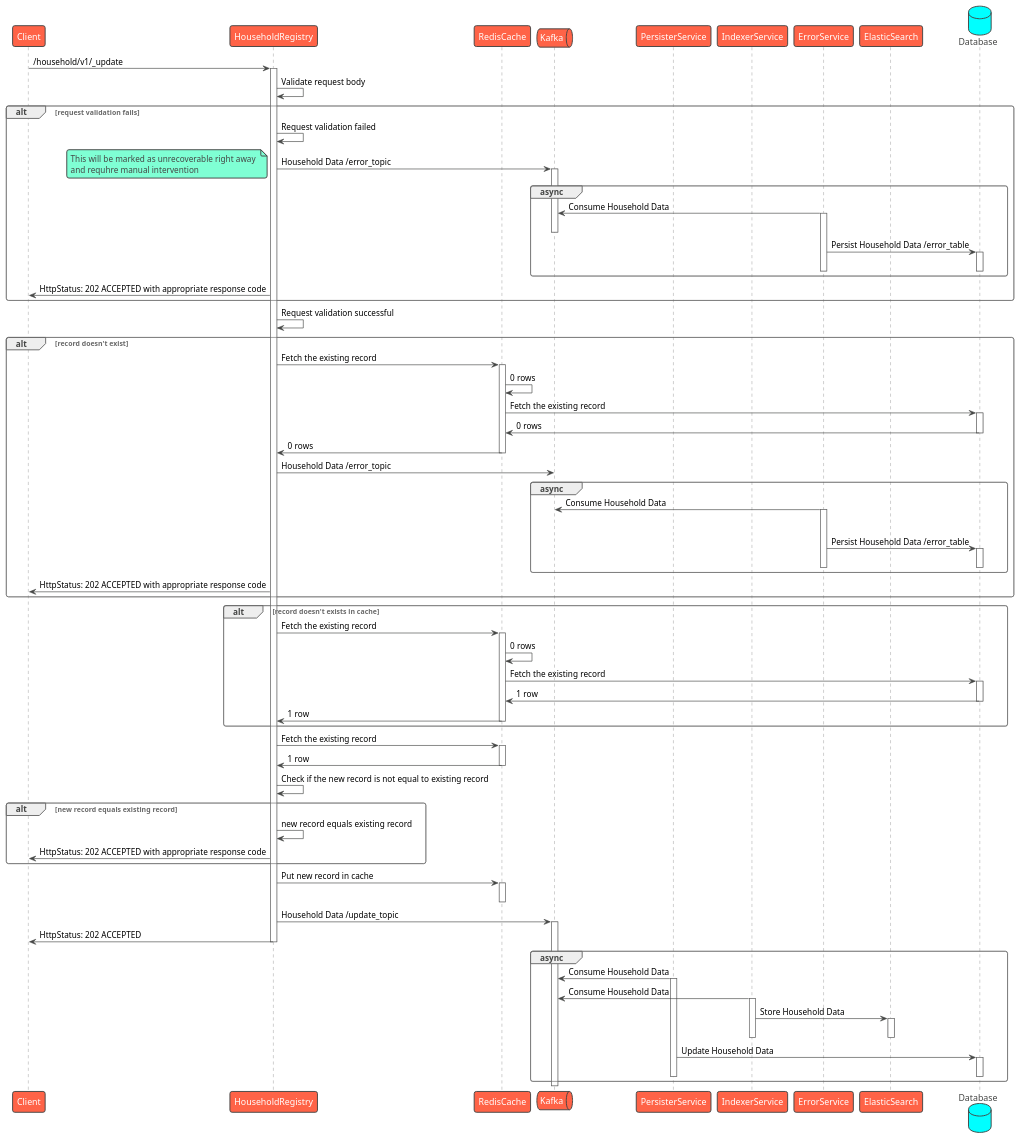
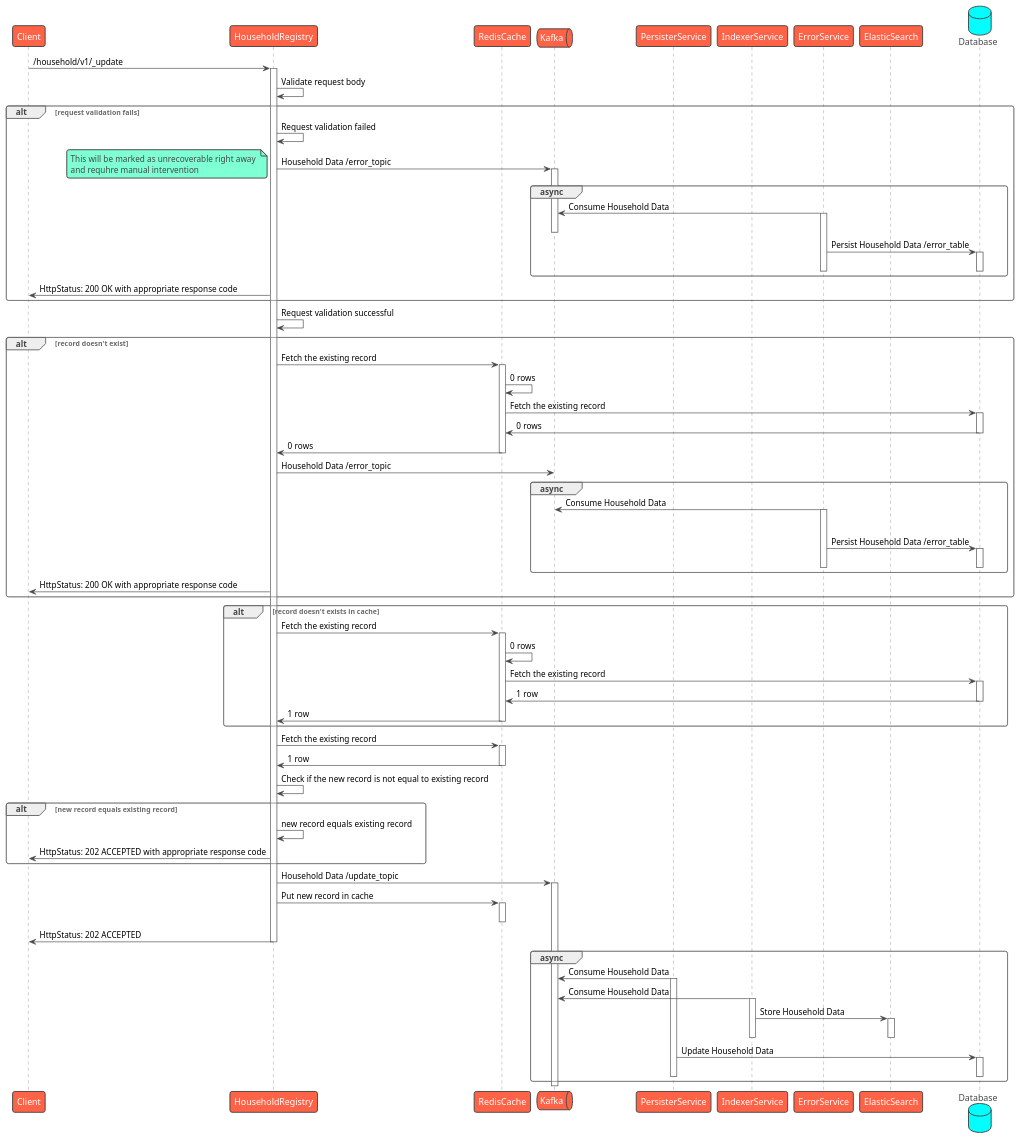
Before and after one commit to egovernments/health-api-specs: the diagram in contracts/registries/household/sequence/update.puml, drawn with PlantUML. The commit also changed 4 other files, not shown here.

Commit message:
Sequence: Sending 200 OK in case of any caught error

```diff
--- a/contracts/registries/household/sequence/update.puml
+++ b/contracts/registries/household/sequence/update.puml
@@ -1,99 +1,99 @@
 @startuml Household Registry - Update
 !theme vibrant
 participant Client as c
 participant HouseholdRegistry as hr
 participant RedisCache as rc
 queue Kafka as k
 participant PersisterService as prs
 participant IndexerService as idx
 participant ErrorService as es
 participant ElasticSearch as el
 database Database as db
 c -> hr : /household/v1/_update
 activate hr
 hr -> hr: Validate request body
 alt request validation fails
     hr -> hr: Request validation failed
     hr -> k: Household Data /error_topic
     note left
         This will be marked as unrecoverable right away 
         and requhre manual intervention
     end note
     activate k
     group async
         es -> k: Consume Household Data
         activate es
         deactivate k
         es -> db: Persist Household Data /error_table
         activate db
         deactivate db
         deactivate es
     end
-    hr -> c: HttpStatus: 202 ACCEPTED with appropriate response code
+    hr -> c: HttpStatus: 200 OK with appropriate response code
 end
 hr -> hr: Request validation successful
 alt record doesn't exist
     hr -> rc: Fetch the existing record
     activate rc
     rc -> rc: 0 rows
     rc -> db: Fetch the existing record
     activate db
     db -> rc: 0 rows
     deactivate db
     rc -> hr: 0 rows
     deactivate rc
     hr -> k: Household Data /error_topic
     group async
         es -> k: Consume Household Data
         activate es
         deactivate k
         es -> db: Persist Household Data /error_table
         activate db
         deactivate db
         deactivate es
     end
-    hr -> c: HttpStatus: 202 ACCEPTED with appropriate response code
+    hr -> c: HttpStatus: 200 OK with appropriate response code
 end
 alt record doesn't exists in cache
     hr -> rc: Fetch the existing record
     activate rc
     rc -> rc: 0 rows
     rc -> db: Fetch the existing record
     activate db
     db -> rc: 1 row
     deactivate db
     rc -> hr: 1 row
     deactivate rc
 end
 hr -> rc: Fetch the existing record
 activate rc
 rc -> hr: 1 row
 deactivate rc
 hr -> hr: Check if the new record is not equal to existing record
 alt new record equals existing record
     hr -> hr: new record equals existing record
     hr -> c: HttpStatus: 202 ACCEPTED with appropriate response code
 end
+hr -> k: Household Data /update_topic
+activate k
 hr -> rc: Put new record in cache
 activate rc
 deactivate rc
-hr -> k: Household Data /update_topic
-activate k
 hr -> c: HttpStatus: 202 ACCEPTED
 deactivate hr
 group async
     prs -> k: Consume Household Data
     activate prs
     idx -> k: Consume Household Data
     activate idx
     idx -> el: Store Household Data
     activate el
     deactivate el
     deactivate idx
     prs -> db: Update Household Data
     activate db
     deactivate db
     deactivate prs
 end
 deactivate k
 @enduml
```
